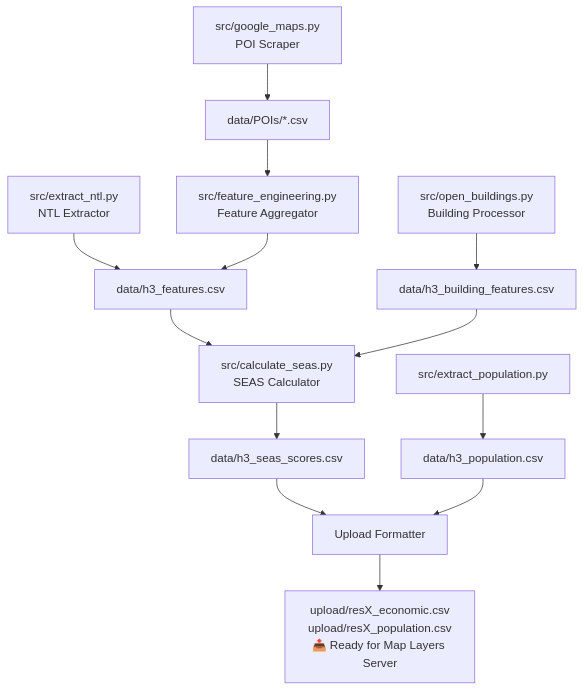
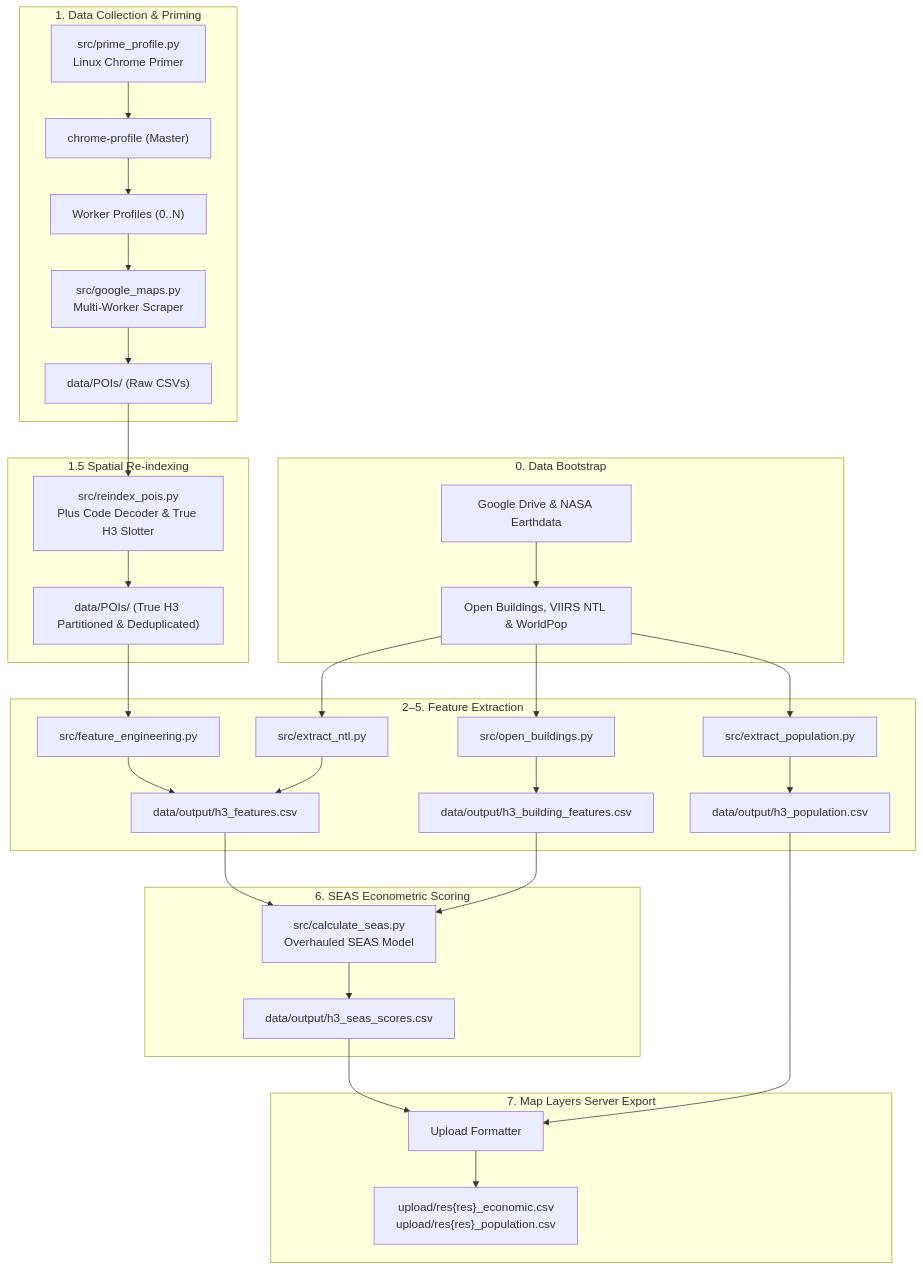
One commit to JasonNwaeze/Shuttlers-Economic-Activity-Score changed the first of 2 diagrams in README.md. Above: the diagram before and after it, drawn with Mermaid. The commit also changed other lines of this file, not shown here.

Commit message:
docs: update README with full pipeline, Linux profile primer, and spatial re-indexer

````diff
--- a/README.md
+++ b/README.md
@@ -236,15 +23,41 @@
 ```mermaid
 graph TB
-    A["src/google_maps.py<br/>POI Scraper"] --> D["data/POIs/*.csv"]
-    B["src/open_buildings.py<br/>Building Processor"] --> E["data/h3_building_features.csv"]
-    C["src/extract_ntl.py<br/>NTL Extractor"] --> F["data/h3_features.csv"]
-    D --> G["src/feature_engineering.py<br/>Feature Aggregator"]
-    G --> F
-    F --> H["src/calculate_seas.py<br/>SEAS Calculator"]
-    E --> H
-    H --> I["data/h3_seas_scores.csv"]
-    J["src/extract_population.py"] --> K["data/h3_population.csv"]
-    I --> L["Upload Formatter"]
-    K --> L
-    L --> M["upload/resX_economic.csv<br/>upload/resX_population.csv<br/>📤 Ready for Map Layers Server"]
+    subgraph Data_Bootstrap["0. Data Bootstrap"]
+        A0["Google Drive & NASA Earthdata"] --> B0["Open Buildings, VIIRS NTL & WorldPop"]
+    end
+
+    subgraph Collection["1. Data Collection & Priming"]
+        A1["src/prime_profile.py<br/>Linux Chrome Primer"] --> B1["chrome-profile (Master)"]
+        B1 --> C1["Worker Profiles (0..N)"]
+        C1 --> D1["src/google_maps.py<br/>Multi-Worker Scraper"]
+        D1 --> E1["data/POIs/ (Raw CSVs)"]
+    end
+
+    subgraph Spatial_Reindexing["1.5 Spatial Re-indexing"]
+        E1 --> F1["src/reindex_pois.py<br/>Plus Code Decoder & True H3 Slotter"]
+        F1 --> G1["data/POIs/ (True H3 Partitioned & Deduplicated)"]
+    end
+
+    subgraph Feature_Extraction["2–5. Feature Extraction"]
+        G1 --> H1["src/feature_engineering.py"]
+        H1 --> I1["data/output/h3_features.csv"]
+        B0 --> J1["src/open_buildings.py"]
+        J1 --> K1["data/output/h3_building_features.csv"]
+        B0 --> L1["src/extract_ntl.py"]
+        L1 --> I1
+        B0 --> M1["src/extract_population.py"]
+        M1 --> N1["data/output/h3_population.csv"]
+    end
+
+    subgraph Econometric_Scoring["6. SEAS Econometric Scoring"]
+        I1 --> O1["src/calculate_seas.py<br/>Overhauled SEAS Model"]
+        K1 --> O1
+        O1 --> P1["data/output/h3_seas_scores.csv"]
+    end
+
+    subgraph Ingestion["7. Map Layers Server Export"]
+        P1 --> Q1["Upload Formatter"]
+        N1 --> Q1
+        Q1 --> R1["upload/res{res}_economic.csv<br/>upload/res{res}_population.csv"]
+    end
 ```
````
